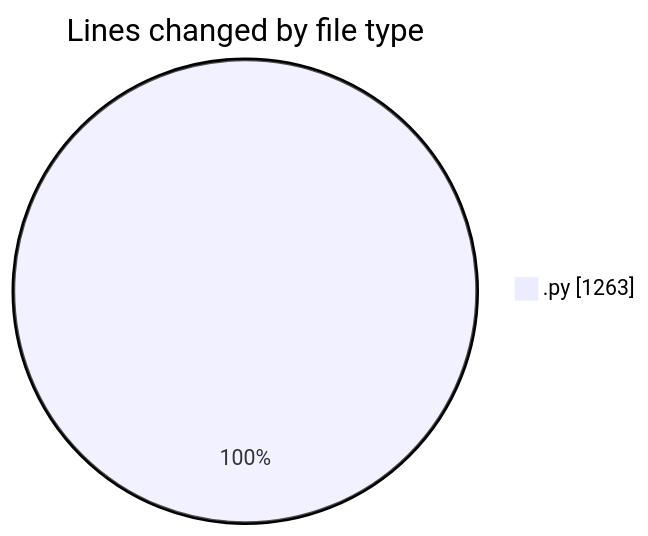
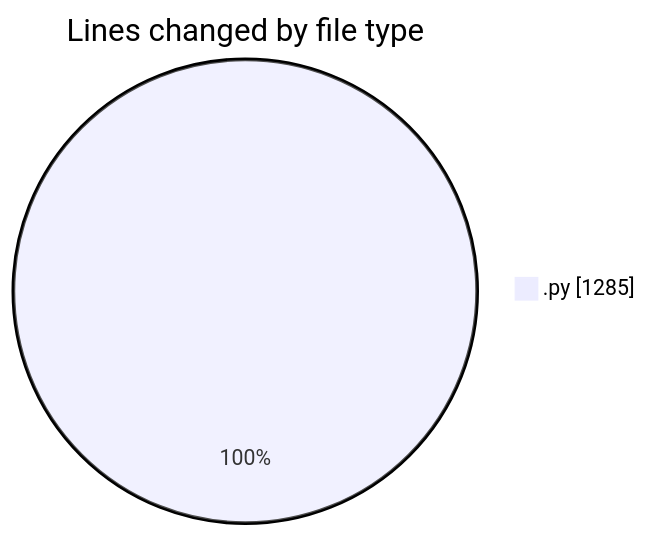
The first of 2 diagrams in 2025-04-18/myws__workspace_/README.md (MatusMokan/code-tracking), drawn with Mermaid before and after one commit. The commit also changed other lines of this file and 1 other file, not shown here.

````diff
--- a/2025-04-18/myws__workspace_/README.md
+++ b/2025-04-18/myws__workspace_/README.md
@@ -20,5 +20,5 @@
 ```mermaid
 pie showData
 title Lines changed by file type
-".py" : 1263
+".py" : 1285
 ```
````
